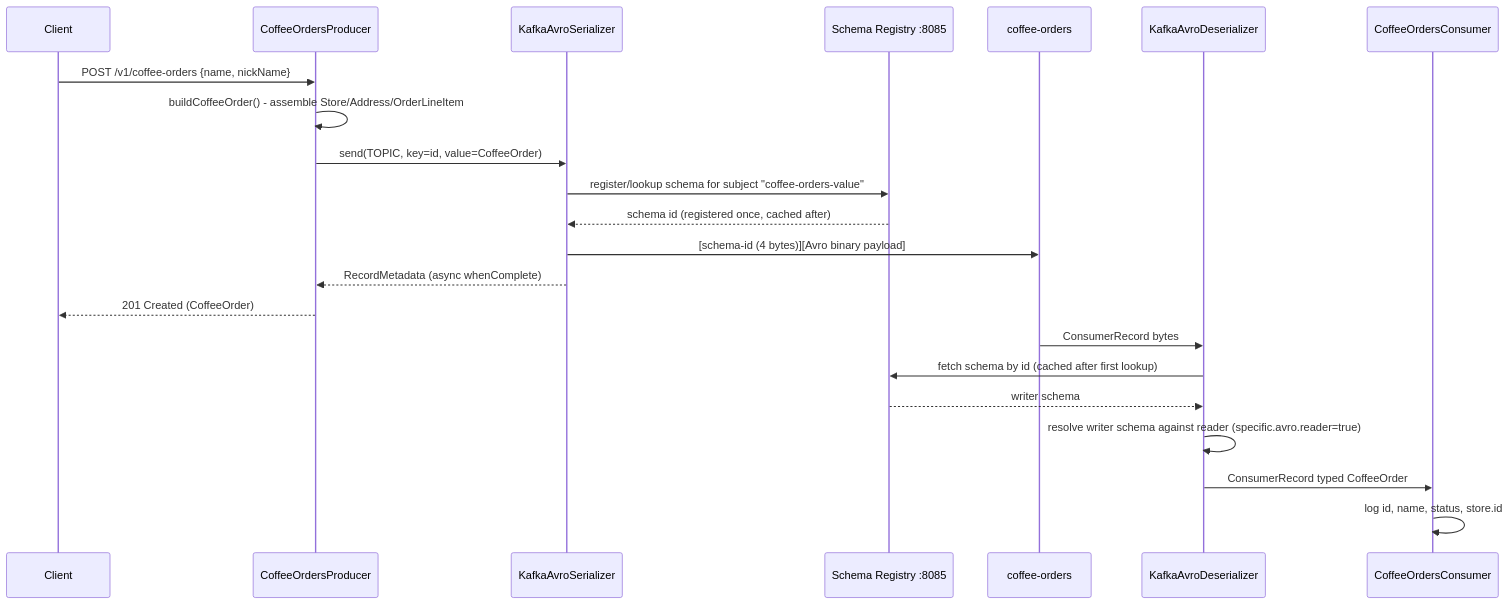
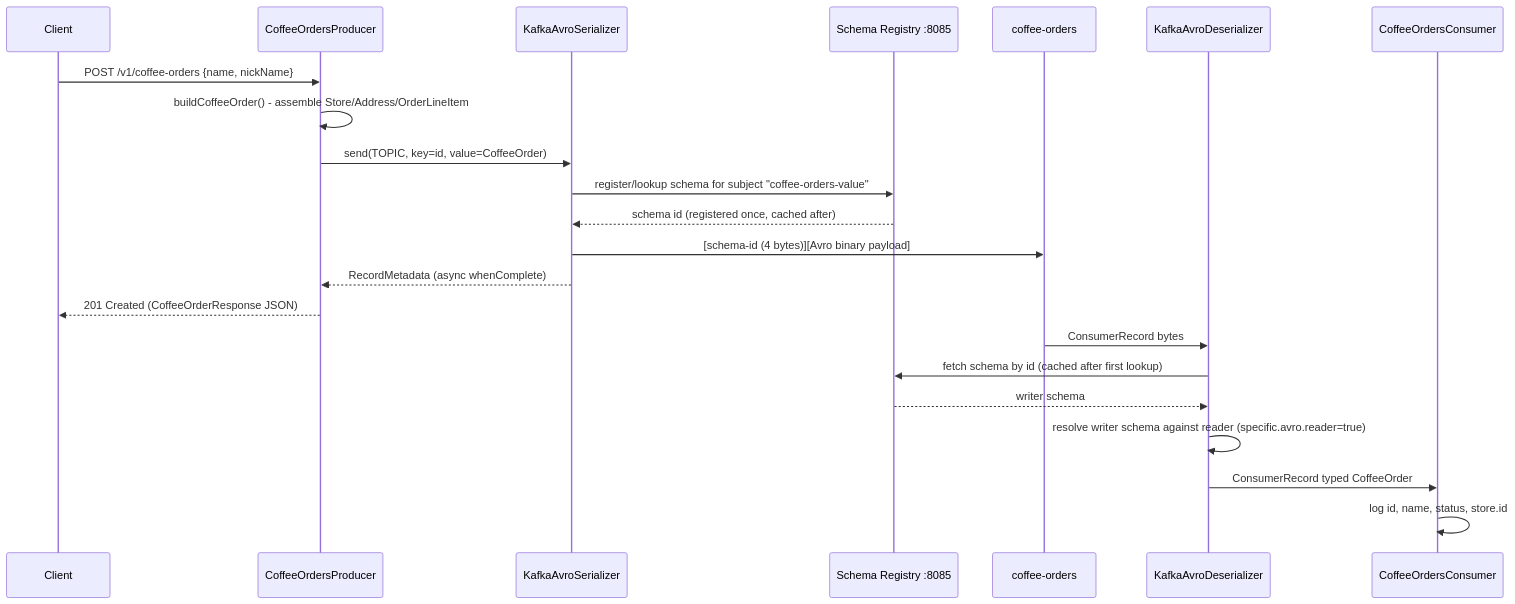
The second of 2 diagrams in kafka-schema-registry/README.md (himnay/learning-kafka), drawn with Mermaid before and after one commit. The commit also changed other lines of this file and 24 other files, not shown here.

````diff
--- a/kafka-schema-registry/README.md
+++ b/kafka-schema-registry/README.md
@@ -137,26 +137,26 @@
 ```mermaid
 sequenceDiagram
     participant Client
     participant Producer as CoffeeOrdersProducer
     participant AvroSer as KafkaAvroSerializer
     participant SR as Schema Registry :8085
     participant Topic as coffee-orders
     participant AvroDeser as KafkaAvroDeserializer
     participant Consumer as CoffeeOrdersConsumer
 
     Client->>Producer: POST /v1/coffee-orders {name, nickName}
     Producer->>Producer: buildCoffeeOrder() - assemble Store/Address/OrderLineItem
     Producer->>AvroSer: send(TOPIC, key=id, value=CoffeeOrder)
     AvroSer->>SR: register/lookup schema for subject "coffee-orders-value"
     SR-->>AvroSer: schema id (registered once, cached after)
     AvroSer->>Topic: [schema-id (4 bytes)][Avro binary payload]
     AvroSer-->>Producer: RecordMetadata (async whenComplete)
-    Producer-->>Client: 201 Created (CoffeeOrder)
+    Producer-->>Client: 201 Created (CoffeeOrderResponse JSON)
 
     Topic->>AvroDeser: ConsumerRecord bytes
     AvroDeser->>SR: fetch schema by id (cached after first lookup)
     SR-->>AvroDeser: writer schema
     AvroDeser->>AvroDeser: resolve writer schema against reader (specific.avro.reader=true)
     AvroDeser->>Consumer: ConsumerRecord typed CoffeeOrder
     Consumer->>Consumer: log id, name, status, store.id
 ```
````
